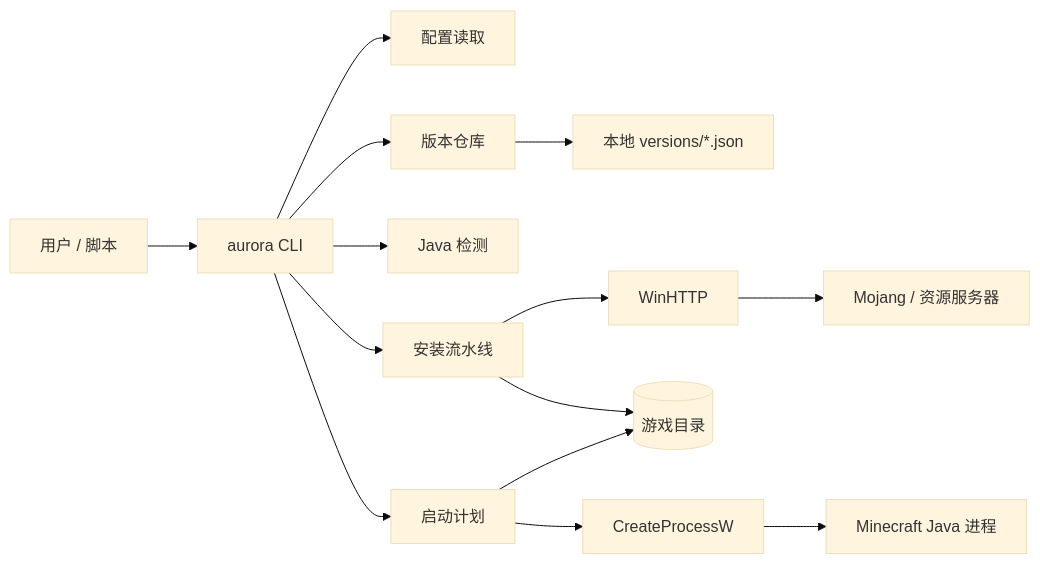
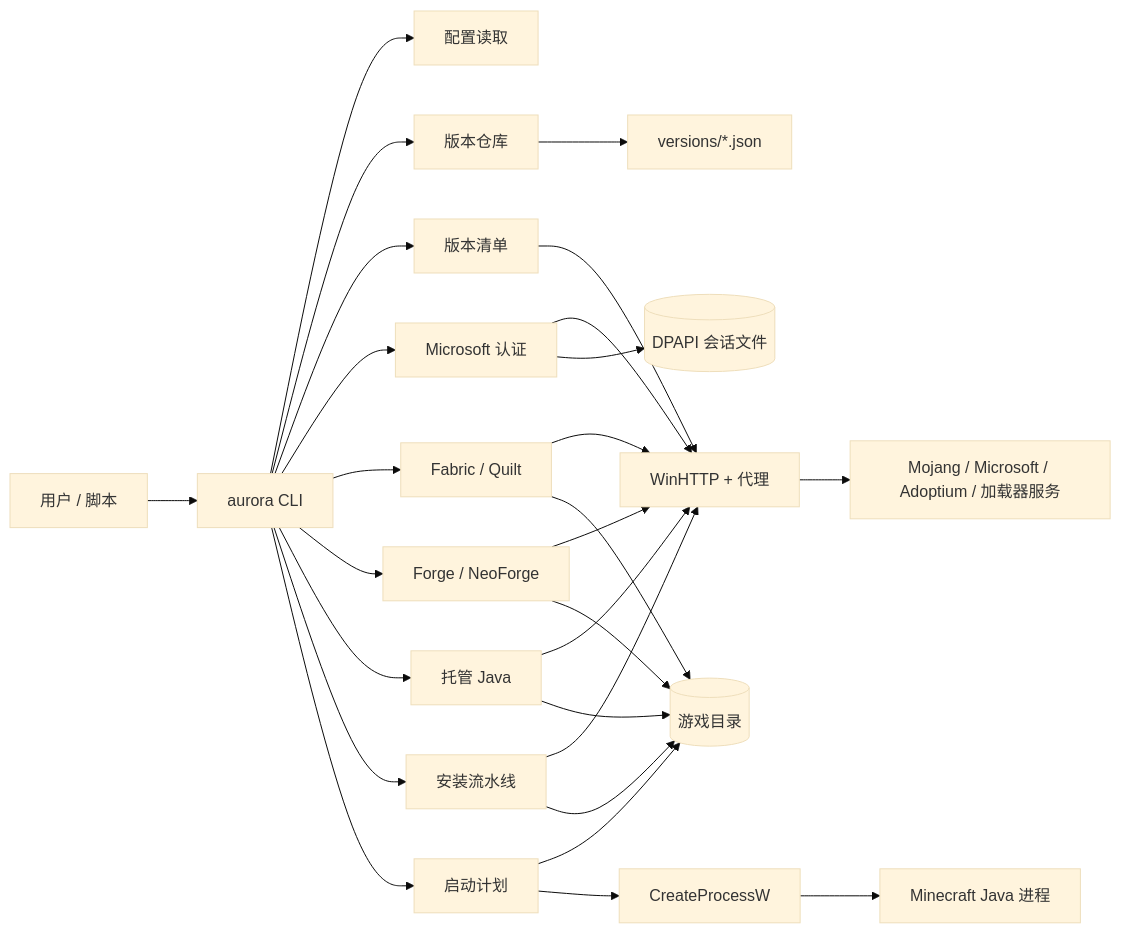
One commit to yyfdfsyyf-source/AuroraLauncher changed the first of 7 diagrams in ARCHITECTURE.md. Above: the diagram before and after it, drawn with Mermaid (base theme). The commit also changed other lines of this file and 16 other files, not shown here.

````diff
--- a/ARCHITECTURE.md
+++ b/ARCHITECTURE.md
@@ -21,16 +21,31 @@
 ```mermaid
 flowchart LR
     User[用户 / 脚本] --> CLI[aurora CLI]
     CLI --> Config[配置读取]
     CLI --> Repo[版本仓库]
-    CLI --> Java[Java 检测]
+    CLI --> Manifest[版本清单]
+    CLI --> Auth[Microsoft 认证]
+    CLI --> Loaders[Fabric / Quilt]
+    CLI --> Forge[Forge / NeoForge]
+    CLI --> JavaInstall[托管 Java]
     CLI --> Install[安装流水线]
     CLI --> Launch[启动计划]
-    Repo --> LocalJSON[本地 versions/*.json]
-    Install --> WinHTTP[WinHTTP]
-    WinHTTP --> Mojang[Mojang / 资源服务器]
+
+    Manifest --> Http[WinHTTP + 代理]
+    Auth --> Http
+    Loaders --> Http
+    Forge --> Http
+    JavaInstall --> Http
+    Install --> Http
+    Http --> Services[Mojang / Microsoft / Adoptium / 加载器服务]
+
+    Repo --> LocalJSON[versions/*.json]
     Install --> FS[(游戏目录)]
+    Loaders --> FS
+    Forge --> FS
+    JavaInstall --> FS
+    Auth --> Store[(DPAPI 会话文件)]
     Launch --> FS
     Launch --> Process[CreateProcessW]
     Process --> Game[Minecraft Java 进程]
 ```
````
